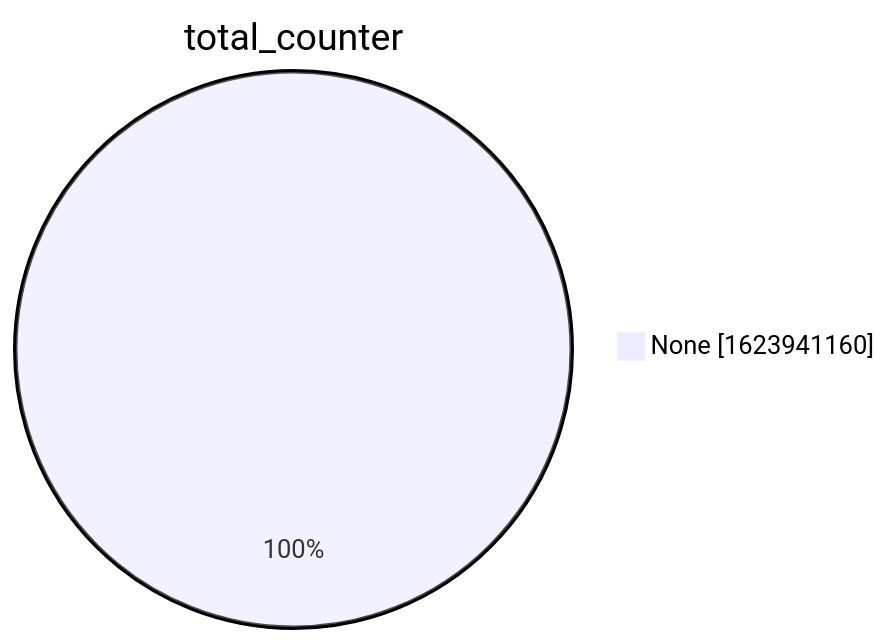
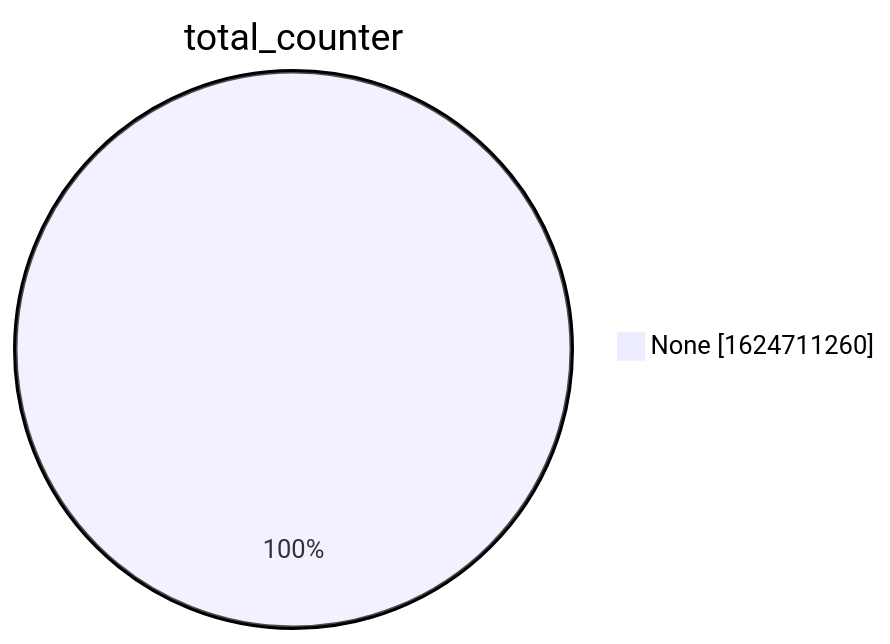
The second of 15 diagrams in xenon2022/README.md (christiankrug/ctmonitor_visualization), drawn with Mermaid before and after one commit. The commit also changed other lines of this file, not shown here.

````diff
--- a/xenon2022/README.md
+++ b/xenon2022/README.md
@@ -9,5 +9,5 @@
 ```mermaid
 pie showData
 title total_counter
-"None" :1623941160
+"None" :1624711260
 ```
````
